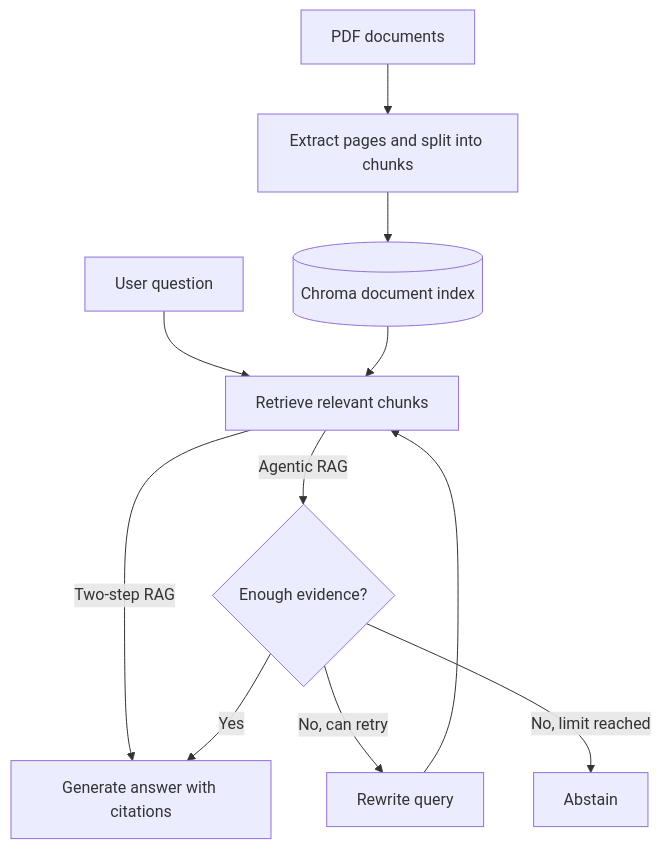
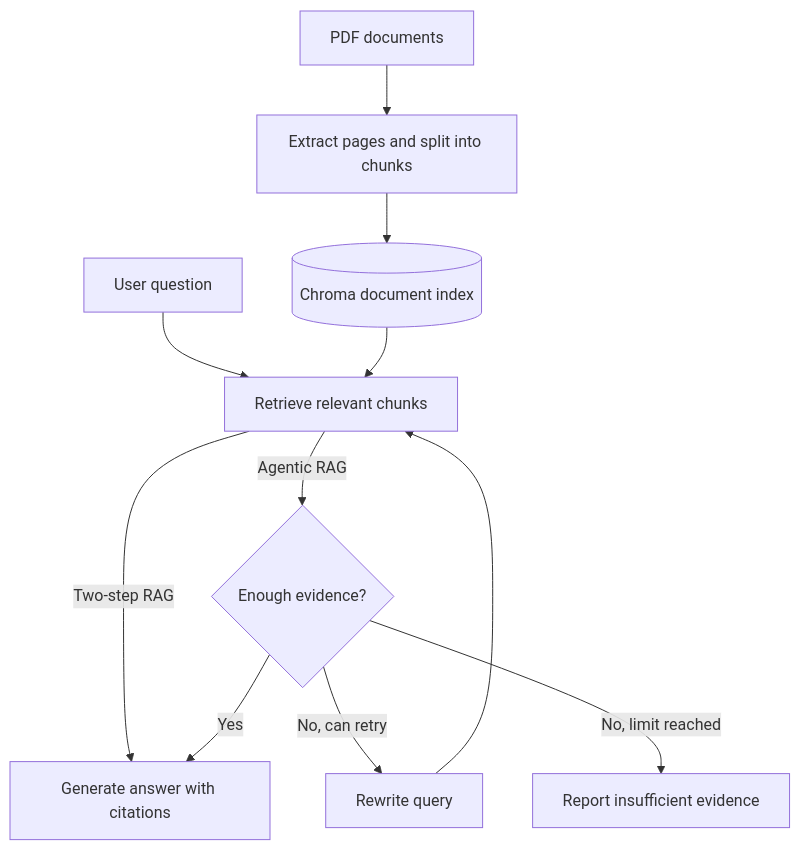
One commit to Nir-Fried/researchops-copilot changed the diagram in README.md. Above: the diagram before and after it, drawn with Mermaid. The commit also changed other lines of this file, not shown here.

````diff
--- a/README.md
+++ b/README.md
@@ -19,15 +19,15 @@
 ```mermaid
 flowchart TD
     A[PDF documents] --> B[Extract pages and split into chunks]
     B --> C[(Chroma document index)]
 
     Q[User question] --> R[Retrieve relevant chunks]
     C --> R
 
     R -->|Two-step RAG| G[Generate answer with citations]
     R -->|Agentic RAG| E{Enough evidence?}
     E -->|Yes| G
     E -->|No, can retry| W[Rewrite query]
     W --> R
-    E -->|No, limit reached| X[Abstain]
+    E -->|No, limit reached| X[Report insufficient evidence]
 ```
````
